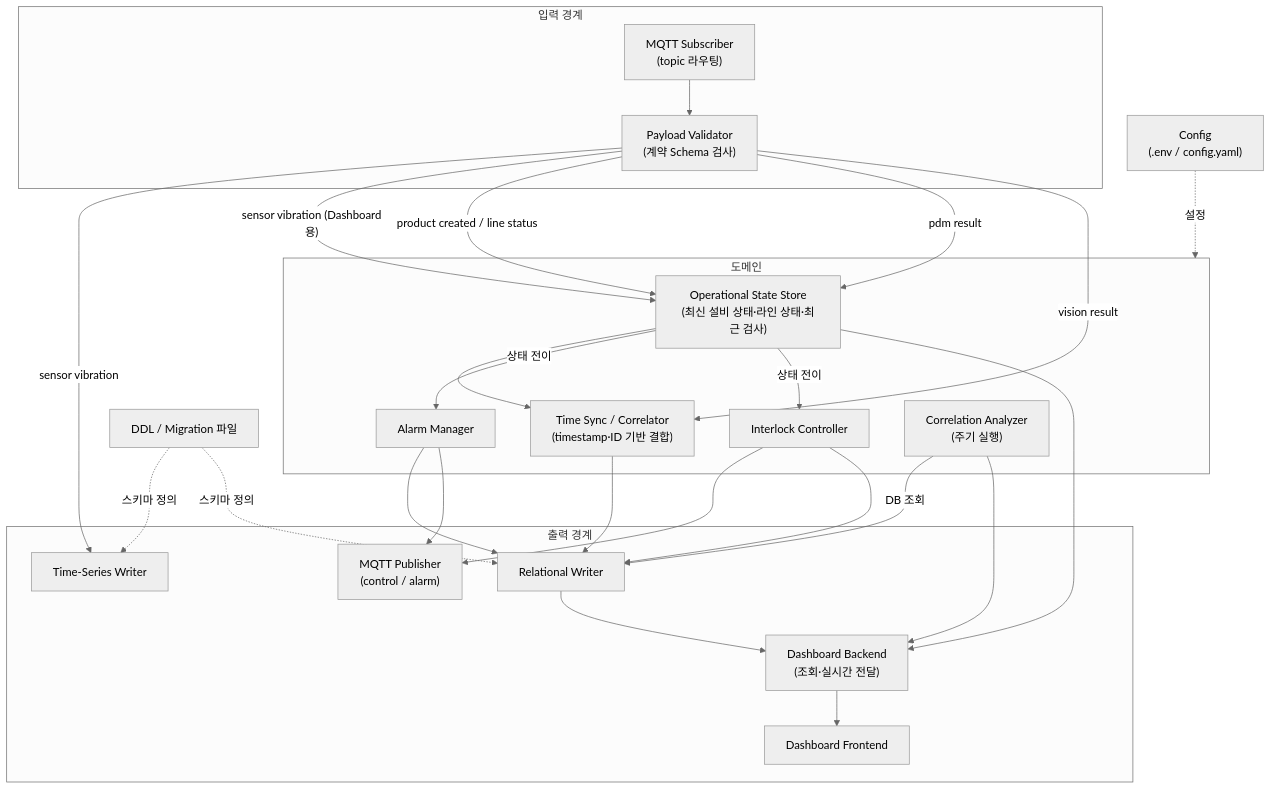
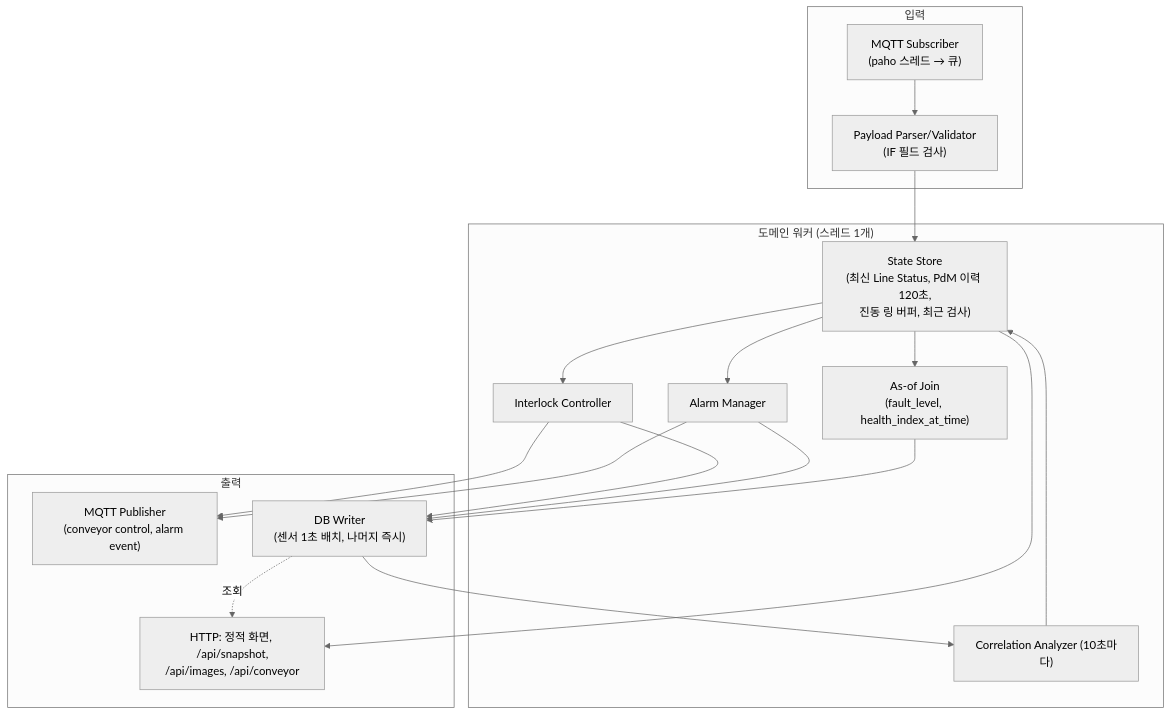
One commit to dltndn-personal-project/smart-factory-operations changed the second of 5 diagrams in docs/ARCHITECTURE.md. Above: the diagram before and after it, drawn with Mermaid (neutral theme). The commit also changed other lines of this file, not shown here.

````diff
--- a/docs/ARCHITECTURE.md
+++ b/docs/ARCHITECTURE.md
@@ -116,49 +112,29 @@
 ```mermaid
 flowchart TB
-    subgraph IN["입력 경계"]
-        SUB["MQTT Subscriber<br/>(topic 라우팅)"]
-        VAL["Payload Validator<br/>(계약 Schema 검사)"]
+    subgraph IN["입력"]
+        SUB["MQTT Subscriber<br/>(paho 스레드 → 큐)"]
+        VAL["Payload Parser/Validator<br/>(IF 필드 검사)"]
     end
-
-    subgraph CORE["도메인"]
-        ST["Operational State Store<br/>(최신 설비 상태·라인 상태·최근 검사)"]
-        TS["Time Sync / Correlator<br/>(timestamp·ID 기반 결합)"]
+    subgraph CORE["도메인 워커 (스레드 1개)"]
+        ST["State Store<br/>(최신 Line Status, PdM 이력 120초,<br/>진동 링 버퍼, 최근 검사)"]
+        AS["As-of Join<br/>(fault_level, health_index_at_time)"]
         AL["Alarm Manager"]
         IL["Interlock Controller"]
-        CA["Correlation Analyzer<br/>(주기 실행)"]
+        CA["Correlation Analyzer (10초마다)"]
     end
-
-    subgraph OUT["출력 경계"]
-        PUB["MQTT Publisher<br/>(control / alarm)"]
-        TSW["Time-Series Writer"]
-        RDW["Relational Writer"]
-        API["Dashboard Backend<br/>(조회·실시간 전달)"]
-        UI["Dashboard Frontend"]
+    subgraph OUT["출력"]
+        PUB["MQTT Publisher<br/>(conveyor control, alarm event)"]
+        W["DB Writer<br/>(센서 1초 배치, 나머지 즉시)"]
+        API["HTTP: 정적 화면, /api/snapshot,<br/>/api/images, /api/conveyor"]
     end
-
-    DDL["DDL / Migration 파일"]
-    CFG["Config<br/>(.env / config.yaml)"]
-
-    SUB --> VAL
-    VAL -- "sensor vibration" --> TSW
-    VAL -- "sensor vibration (Dashboard용)" --> ST
-    VAL -- "product created / line status" --> ST
-    VAL -- "pdm result" --> ST
-    VAL -- "vision result" --> TS
-    ST --> TS
-    TS --> RDW
-    ST -- "상태 전이" --> AL
-    ST -- "상태 전이" --> IL
-    AL --> RDW
-    AL --> PUB
-    IL --> PUB
-    IL --> RDW
-    CA -- "DB 조회" --> RDW
-    CA --> API
+    SUB --> VAL --> ST
+    ST --> AS --> W
+    ST --> AL --> PUB
+    AL --> W
+    ST --> IL --> PUB
+    IL --> W
+    W --> CA
+    CA --> ST
     ST --> API
-    RDW --> API
-    API --> UI
-    DDL -. 스키마 정의 .-> TSW
-    DDL -. 스키마 정의 .-> RDW
-    CFG -. 설정 .-> CORE
+    W -. 조회 .-> API
 ```
````
